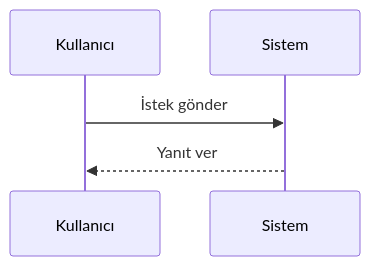
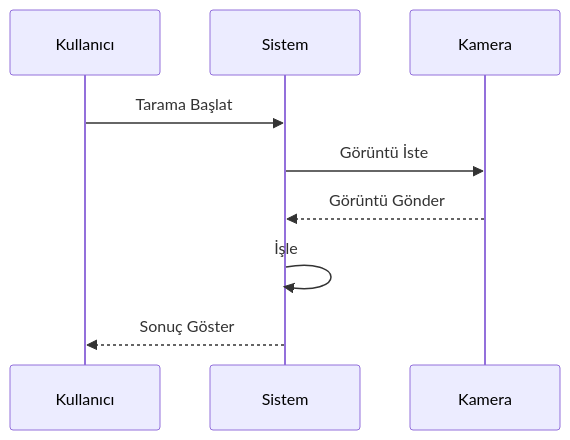
The second of 3 diagrams in docs/diagram-example.md (Muammer06/ClonifyLabs), drawn with Mermaid before and after one commit. The commit also changed other lines of this file and 3 other files, not shown here.

````diff
--- a/docs/diagram-example.md
+++ b/docs/diagram-example.md
@@ -26,7 +25,11 @@
 ```mermaid
 sequenceDiagram
-    participant Kullanıcı
-    participant Sistem
-    Kullanıcı->>Sistem: İstek gönder
-    Sistem-->>Kullanıcı: Yanıt ver
+    participant K as Kullanıcı
+    participant S as Sistem
+    participant KM as Kamera
+    K->>S: Tarama Başlat
+    S->>KM: Görüntü İste
+    KM-->>S: Görüntü Gönder
+    S->>S: İşle
+    S-->>K: Sonuç Göster
 ```
````
